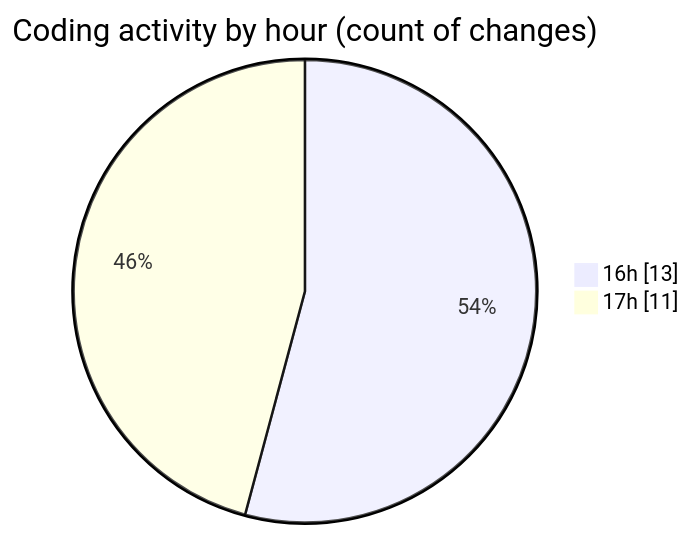
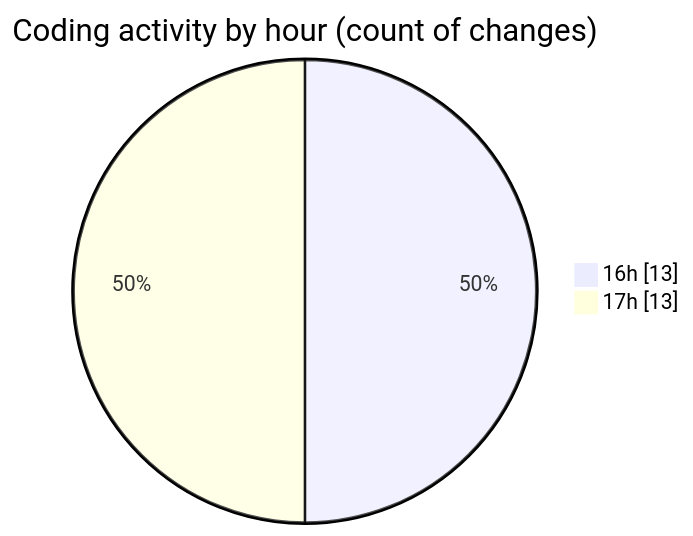
One commit to idhammustaqopulfikri/code-tracking changed the second of 2 diagrams in 2025-05-28/studio-backend/README.md. Above: the diagram before and after it, drawn with Mermaid. The commit also changed other lines of this file and 1 other file, not shown here.

````diff
--- a/2025-05-28/studio-backend/README.md
+++ b/2025-05-28/studio-backend/README.md
@@ -40,6 +41,6 @@
 ```mermaid
 pie showData
 title Coding activity by hour (count of changes)
 "16h" : 13
-"17h" : 11
+"17h" : 13
 ```
````
